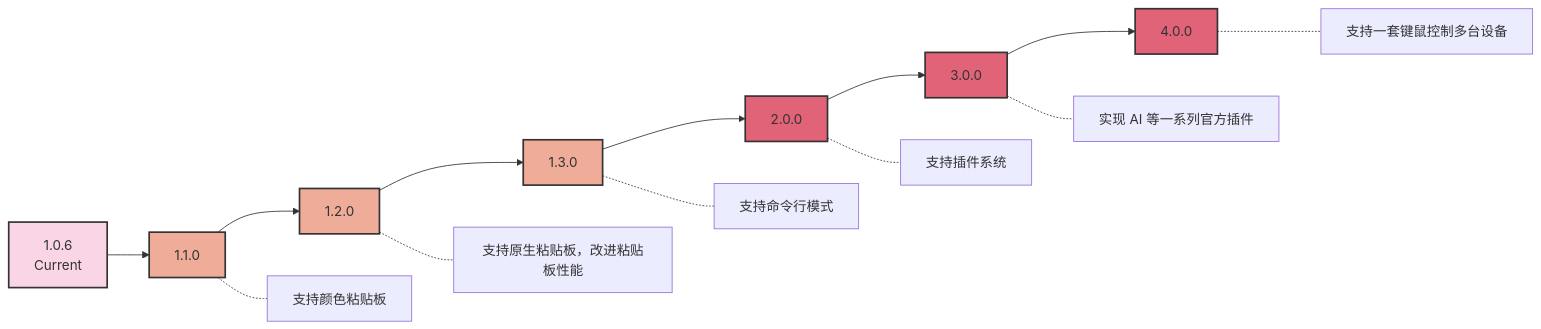
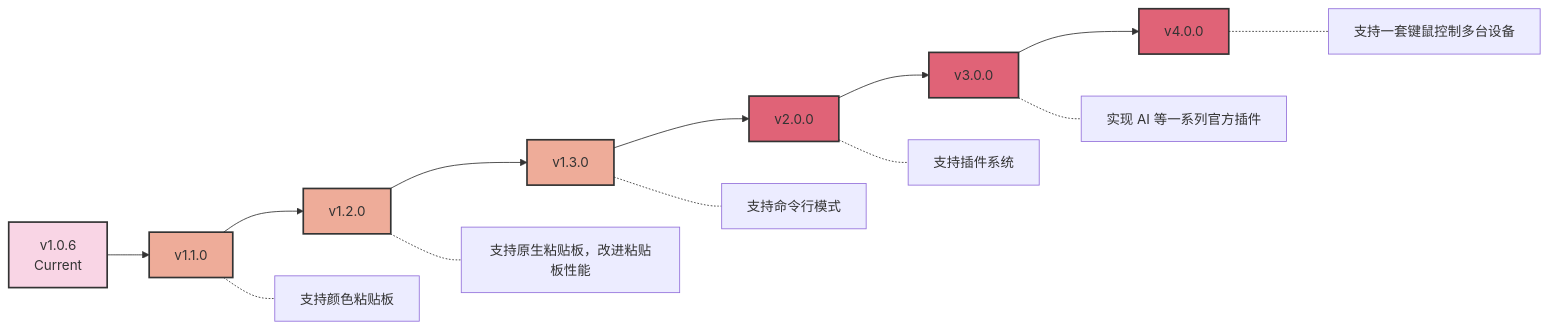
The diagram in Roadmap.zh-CN.md (CrossPaste/crosspaste-desktop), drawn with Mermaid before and after one commit. The commit also changed 3 other files, not shown here.

Commit message:
:memo: Create project roadmap document

````diff
--- a/Roadmap.zh-CN.md
+++ b/Roadmap.zh-CN.md
@@ -5,23 +5,23 @@
 ```mermaid
 graph LR
-    A[1.0.6<br/>Current] --> B[1.1.0]
-    B --> C[1.2.0]
-    C --> D[1.3.0]
-    D --> E[2.0.0]
-    E --> F[3.0.0]
-    F --> G[4.0.0]
+    A[v1.0.6<br/>Current] --> B[v1.1.0]
+    B --> C[v1.2.0]
+    C --> D[v1.3.0]
+    D --> E[v2.0.0]
+    E --> F[v3.0.0]
+    F --> G[v4.0.0]
 
     B -.- B1[支持颜色粘贴板]
     C -.- C1[支持原生粘贴板，改进粘贴板性能]
     D -.- D1[支持命令行模式]
     E -.- E1[支持插件系统]
     F -.- F1[实现 AI 等一系列官方插件]
     G -.- G2[支持一套键鼠控制多台设备]
 
     classDef current fill:#f9d5e5,stroke:#333,stroke-width:2px
     classDef minor fill:#eeac99,stroke:#333,stroke-width:2px
     classDef major fill:#e06377,stroke:#333,stroke-width:2px
     class A current
     class B,C,D minor
     class E,F,G major
 ```
````
